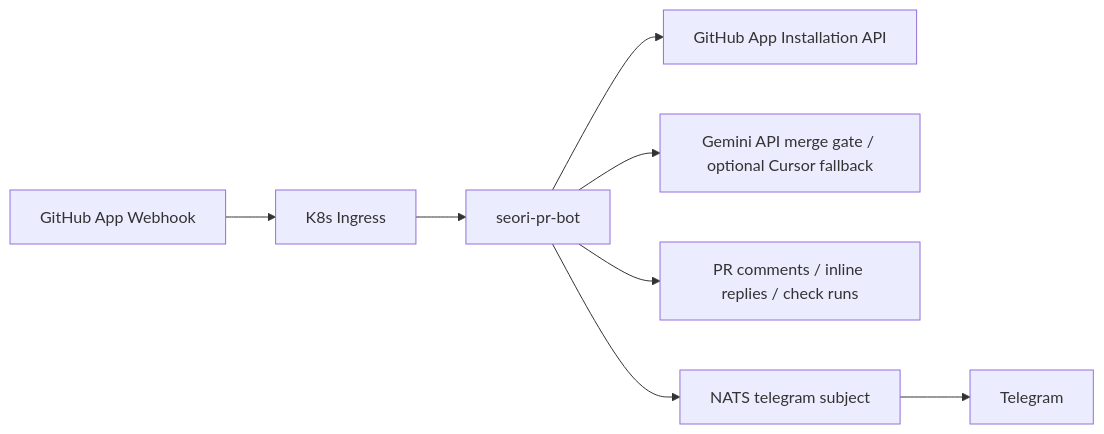
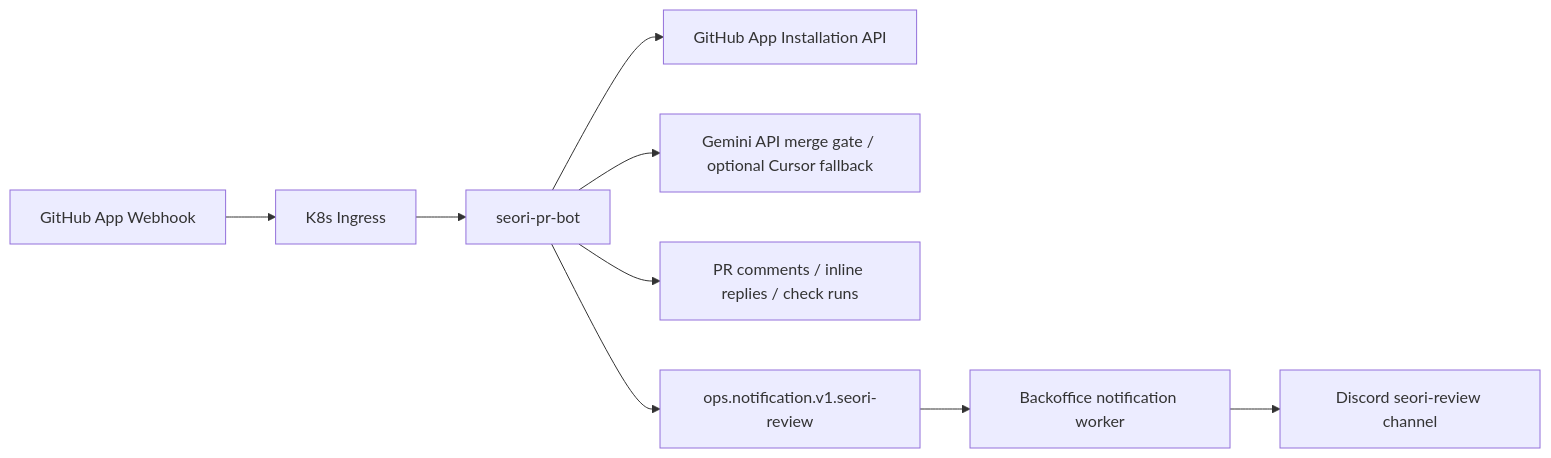
One commit to seorilabs/gemini-pr-bot changed the first of 4 diagrams in README.md. Above: the diagram before and after it, drawn with Mermaid. The commit also changed other lines of this file and 7 other files, not shown here.

````diff
--- a/README.md
+++ b/README.md
@@ -5,10 +5,11 @@
 ```mermaid
 flowchart LR
   GitHub["GitHub App Webhook"] --> Ingress["K8s Ingress"]
   Ingress --> Bot["seori-pr-bot"]
   Bot --> GitHubAPI["GitHub App Installation API"]
   Bot --> Providers["Gemini API merge gate / optional Cursor fallback"]
   Bot --> Comment["PR comments / inline replies / check runs"]
-  Bot --> NATS["NATS telegram subject"]
-  NATS --> Telegram["Telegram"]
+  Bot --> NATS["ops.notification.v1.seori-review"]
+  NATS --> Backoffice["Backoffice notification worker"]
+  Backoffice --> Discord["Discord seori-review channel"]
 ```
````
